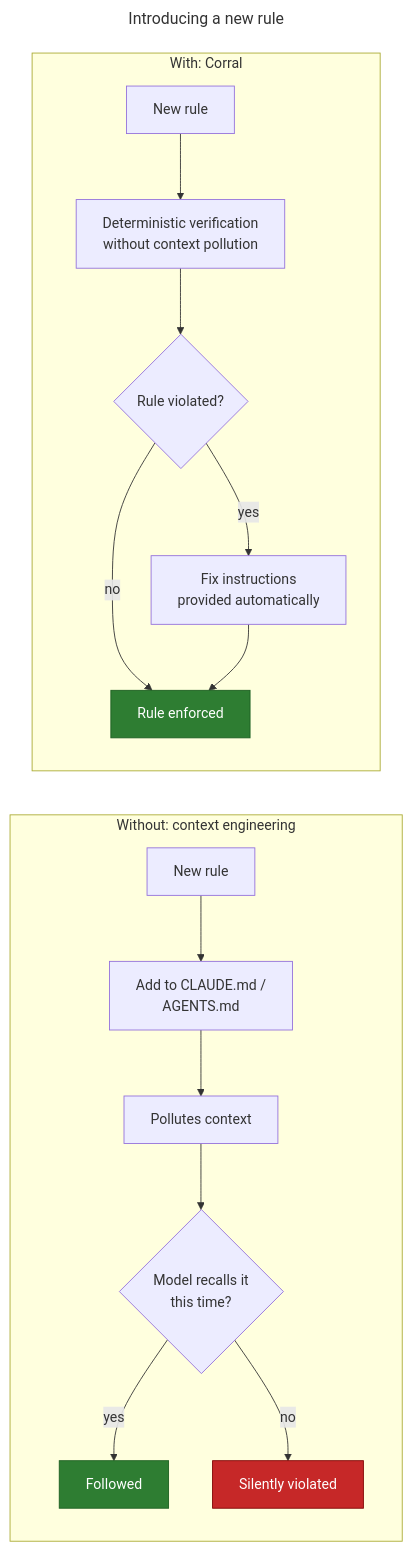
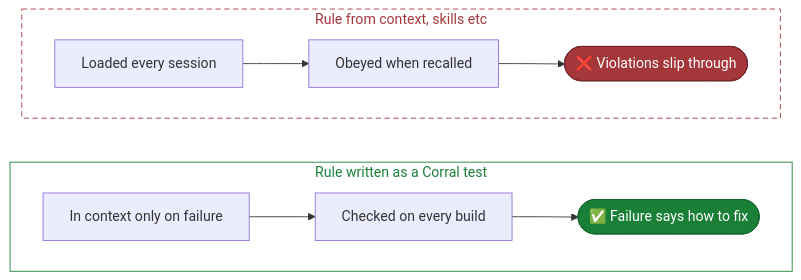
One commit to MilczekT1/Corral changed the diagram in README.md. Above: the diagram before and after it, drawn with Mermaid.

Commit message:
docs: Redraw the README diagram as a two-row CLAUDE.md vs Corral comparison
The flowchart took a careful read to get the point. Replace it with two
aligned rows, one per approach, where each column compares one thing:
context cost, reliability, and outcome. Move it directly under the
tagline so it is the first thing a skimming reader sees.

````diff
--- a/README.md
+++ b/README.md
@@ -22,25 +18,16 @@
 ```mermaid
----
-title: Introducing a new rule
----
-flowchart LR
-    subgraph ctx["Without: context engineering"]
-        direction TB
-        A["New rule"] --> B["Add to CLAUDE.md /<br/>AGENTS.md"]
-        B --> C["Pollutes context"]
-        C --> D{"Model recalls it<br/>this time?"}
-        D -->|yes| E["Followed"]
-        D -->|no| F["Silently violated"]
+flowchart TB
+    subgraph md["Rule from context, skills etc"]
+        direction LR
+        A["Loaded every session"] --> B["Obeyed when recalled"] --> C(["❌ Violations slip through"])
     end
-    subgraph cor["With: Corral"]
-        direction TB
-        G["New rule"] --> J["Deterministic verification <br/>without context pollution"]
-        J --> L{"Rule violated?"}
-        L -->|no| N["Rule enforced"]
-        L -->|yes| M["Fix instructions<br/>provided automatically"]
-        M --> N
+    subgraph cor["Rule written as a Corral test"]
+        direction LR
+        D["In context only on failure"] --> E["Checked on every build"] --> F(["✅ Failure says how to fix"])
     end
-    style F fill:#c62828,stroke:#7f0000,color:#ffffff
-    style E fill:#2e7d32,stroke:#1b5e20,color:#ffffff
-    style N fill:#2e7d32,stroke:#1b5e20,color:#ffffff
+    md ~~~ cor
+    style md fill:transparent,stroke:#a4373a,stroke-dasharray:6 4,color:#a4373a
+    style cor fill:transparent,stroke:#1a7f37,color:#1a7f37
+    style C fill:#a4373a,stroke:#6e2326,color:#ffffff
+    style F fill:#1a7f37,stroke:#116329,color:#ffffff
 ```
````
